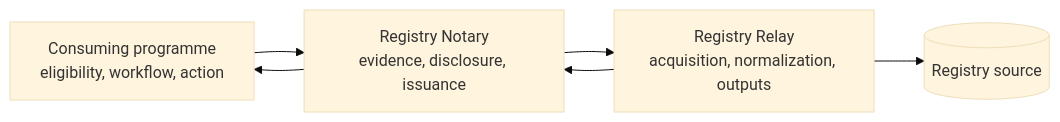
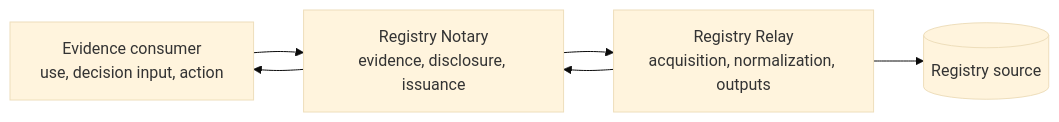
One commit to registrystack/registry-stack changed the diagram in products/notary/docs/architecture-overview.md. Above: the diagram before and after it, drawn with Mermaid (base theme). The commit also changed other lines of this file and 23 other files, not shown here.

Commit message:
docs: generalize evidence consumer terminology

````diff
--- a/products/notary/docs/architecture-overview.md
+++ b/products/notary/docs/architecture-overview.md
@@ -38,8 +39,8 @@
 ```mermaid
 flowchart LR
-  Programme[Consuming programme<br/>eligibility, workflow, action] --> Notary[Registry Notary<br/>evidence, disclosure, issuance]
+  Consumer[Evidence consumer<br/>use, decision input, action] --> Notary[Registry Notary<br/>evidence, disclosure, issuance]
   Notary --> Relay[Registry Relay<br/>acquisition, normalization, outputs]
   Relay --> Source[(Registry source)]
   Relay --> Notary
-  Notary --> Programme
+  Notary --> Consumer
 ```
````
